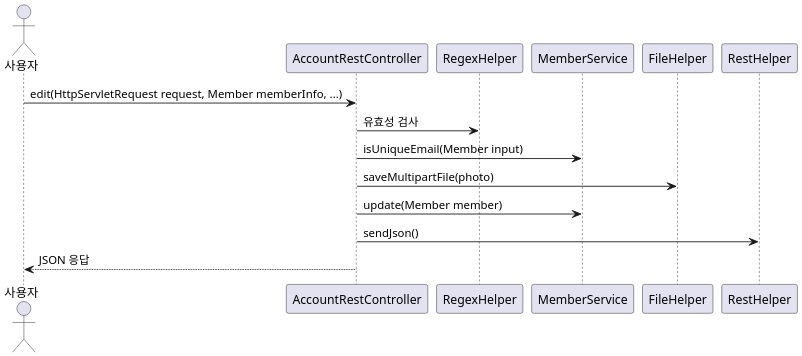
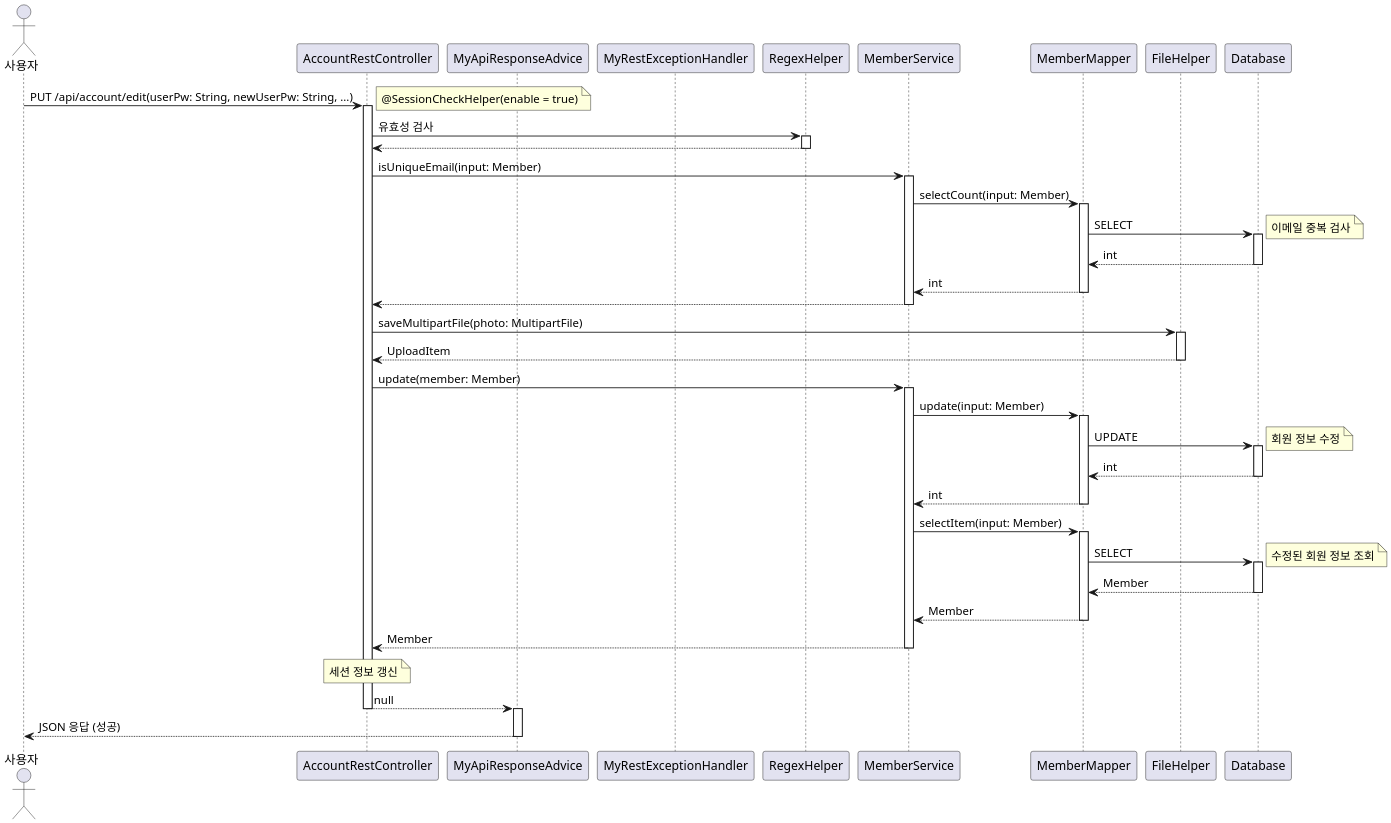
Before and after one commit to leekh4232/study-myshop: the diagram in uml/AccountRestController/edit_Sequence.puml, drawn with PlantUML. The commit also changed 144 other files, not shown here.

```diff
--- a/uml/AccountRestController/edit_Sequence.puml
+++ b/uml/AccountRestController/edit_Sequence.puml
@@ -1,17 +1,74 @@
 @startuml
 skinparam dpi 200
-actor 사용자
+
+actor Actor as "사용자"
 participant AccountRestController
+participant MyApiResponseAdvice
+participant MyRestExceptionHandler
 participant RegexHelper
 participant MemberService
+participant MemberMapper
 participant FileHelper
-participant RestHelper
+participant Database
 
-사용자 -> AccountRestController : edit(HttpServletRequest request, Member memberInfo, ...)
-AccountRestController -> RegexHelper : 유효성 검사
-AccountRestController -> MemberService : isUniqueEmail(Member input)
-AccountRestController -> FileHelper : saveMultipartFile(photo)
-AccountRestController -> MemberService : update(Member member)
-AccountRestController -> RestHelper : sendJson()
-AccountRestController --> 사용자 : JSON 응답
+Actor -> AccountRestController: PUT /api/account/edit(userPw: String, newUserPw: String, ...)
+activate AccountRestController
+note right: @SessionCheckHelper(enable = true)
+
+AccountRestController -> RegexHelper: 유효성 검사
+activate RegexHelper
+RegexHelper --> AccountRestController
+deactivate RegexHelper
+
+AccountRestController -> MemberService: isUniqueEmail(input: Member)
+activate MemberService
+MemberService -> MemberMapper: selectCount(input: Member)
+activate MemberMapper
+MemberMapper -> Database: SELECT
+activate Database
+note right: 이메일 중복 검사
+Database --> MemberMapper: int
+deactivate Database
+MemberMapper --> MemberService: int
+deactivate MemberMapper
+MemberService --> AccountRestController
+deactivate MemberService
+
+AccountRestController -> FileHelper: saveMultipartFile(photo: MultipartFile)
+activate FileHelper
+FileHelper --> AccountRestController: UploadItem
+deactivate FileHelper
+
+AccountRestController -> MemberService: update(member: Member)
+activate MemberService
+MemberService -> MemberMapper: update(input: Member)
+activate MemberMapper
+MemberMapper -> Database: UPDATE
+activate Database
+note right: 회원 정보 수정
+Database --> MemberMapper: int
+deactivate Database
+MemberMapper --> MemberService: int
+deactivate MemberMapper
+
+MemberService -> MemberMapper: selectItem(input: Member)
+activate MemberMapper
+MemberMapper -> Database: SELECT
+activate Database
+note right: 수정된 회원 정보 조회
+Database --> MemberMapper: Member
+deactivate Database
+MemberMapper --> MemberService: Member
+deactivate MemberMapper
+MemberService --> AccountRestController: Member
+deactivate MemberService
+
+note over AccountRestController: 세션 정보 갱신
+
+AccountRestController --> MyApiResponseAdvice: null
+deactivate AccountRestController
+activate MyApiResponseAdvice
+MyApiResponseAdvice --> Actor: JSON 응답 (성공)
+deactivate MyApiResponseAdvice
+
 @enduml
```
